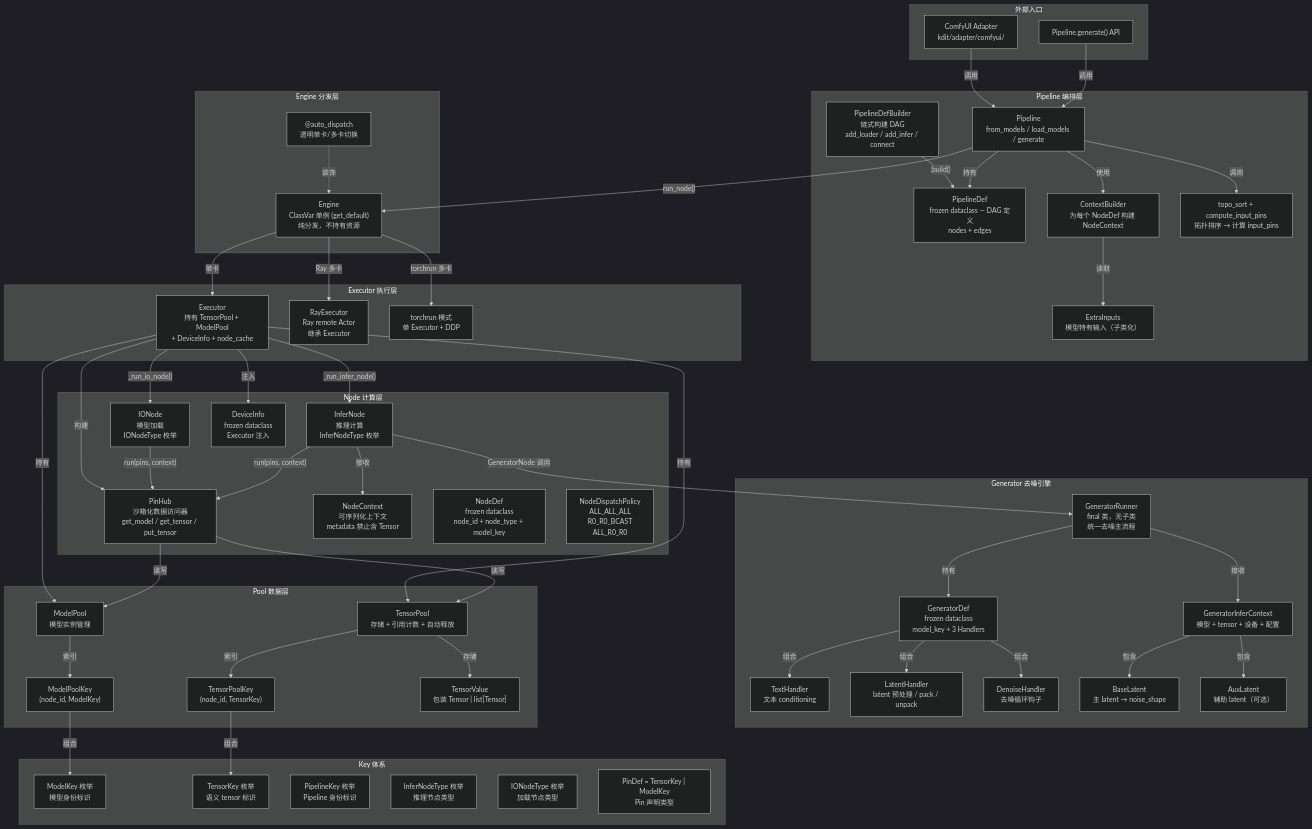
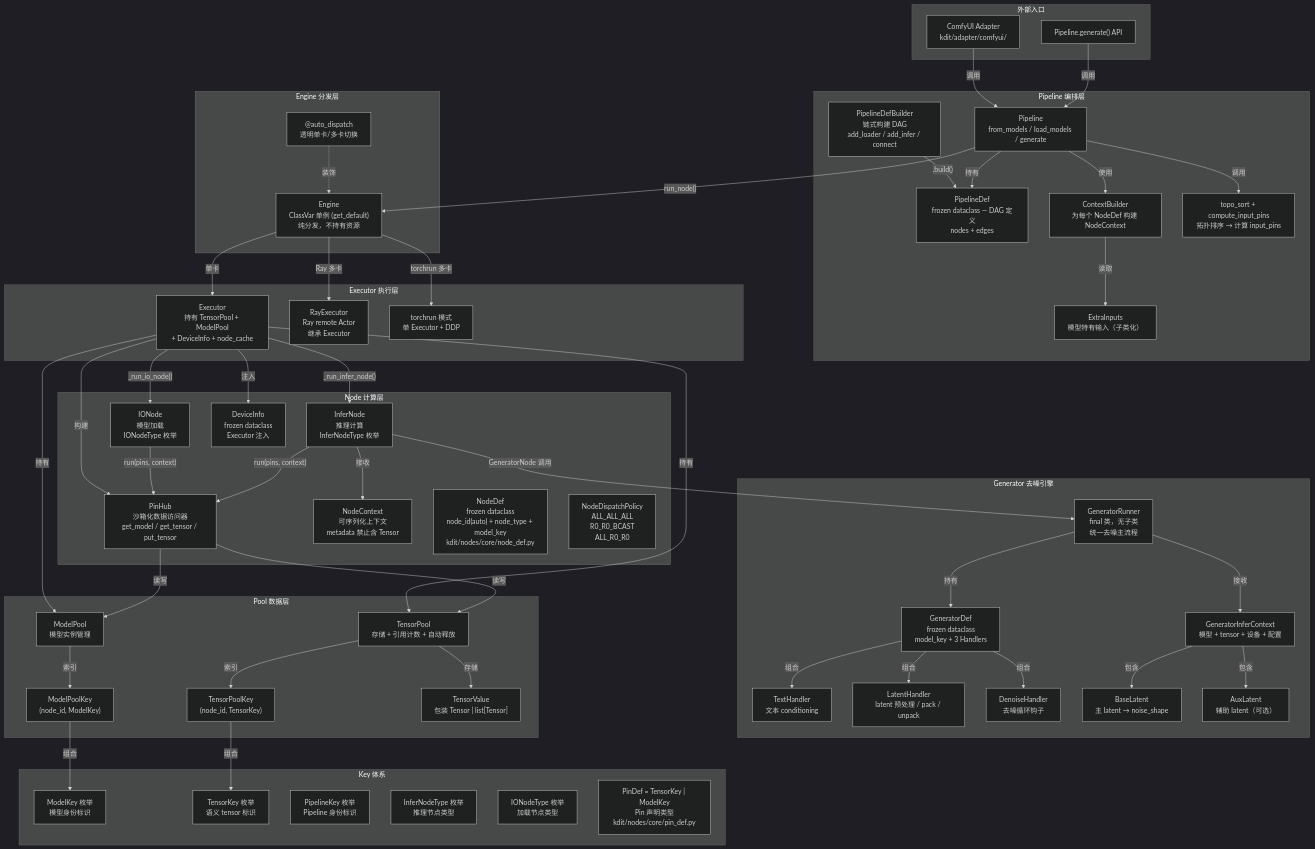
One commit to Tencent/KsanaDiT changed the diagram in .skills/02_architecture/overview.md. Above: the diagram before and after it, drawn with Mermaid. The commit also changed 32 other files, not shown here.

```diff
--- a/.skills/02_architecture/overview.md
+++ b/.skills/02_architecture/overview.md
@@ -36,7 +36,7 @@
         PinHub["PinHub\n沙箱化数据访问器\nget_model / get_tensor / put_tensor"]
         NodeContext["NodeContext\n可序列化上下文\nmetadata 禁止含 Tensor"]
         DeviceInfo["DeviceInfo\nfrozen dataclass\nExecutor 注入"]
-        NodeDef["NodeDef\nfrozen dataclass\nnode_id + node_type + model_key"]
+        NodeDef["NodeDef\nfrozen dataclass\nnode_id(auto) + node_type + model_key\nkdit/nodes/core/node_def.py"]
         DispatchPolicy["NodeDispatchPolicy\nALL_ALL_ALL\nR0_R0_BCAST\nALL_R0_R0"]
     end
 
@@ -65,7 +65,7 @@
         PipelineKey["PipelineKey 枚举\nPipeline 身份标识"]
         InferNodeTypeK["InferNodeType 枚举\n推理节点类型"]
         IONodeTypeK["IONodeType 枚举\n加载节点类型"]
-        PinDef["PinDef = TensorKey | ModelKey\nPin 声明类型"]
+        PinDef["PinDef = TensorKey | ModelKey\nPin 声明类型\nkdit/nodes/core/pin_def.py"]
     end
 
     %% 外部入口 → Pipeline
```
